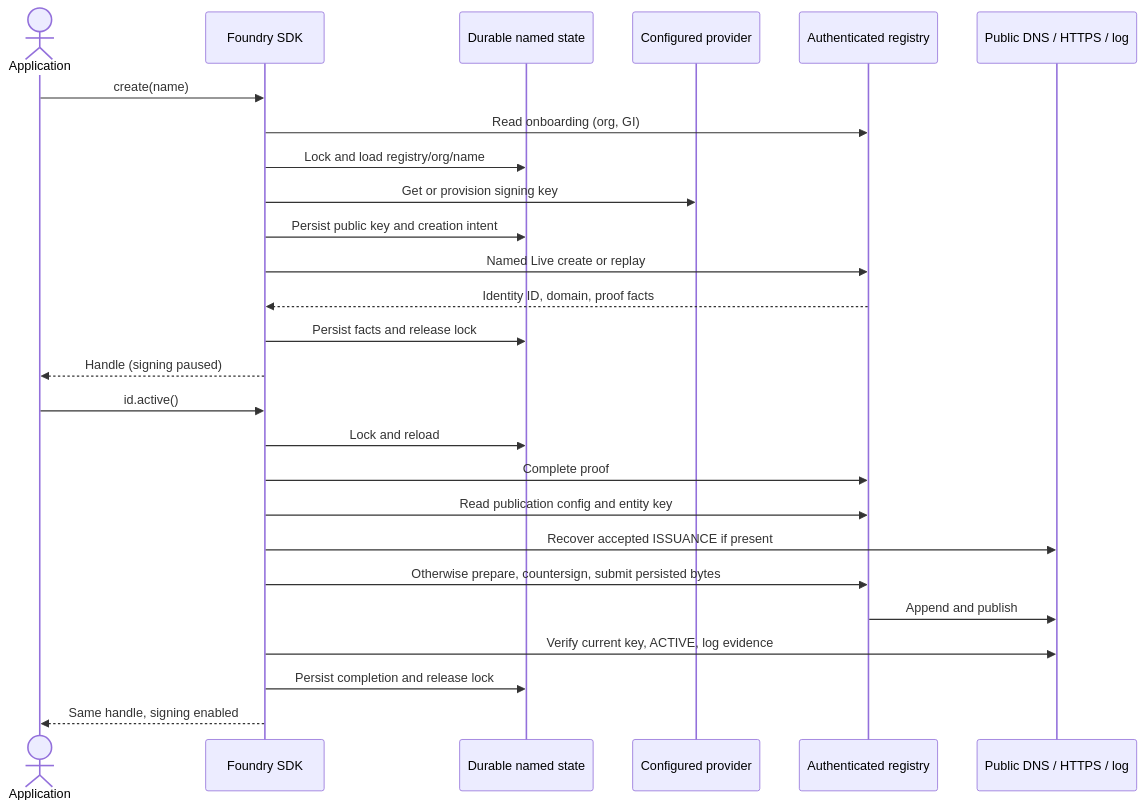
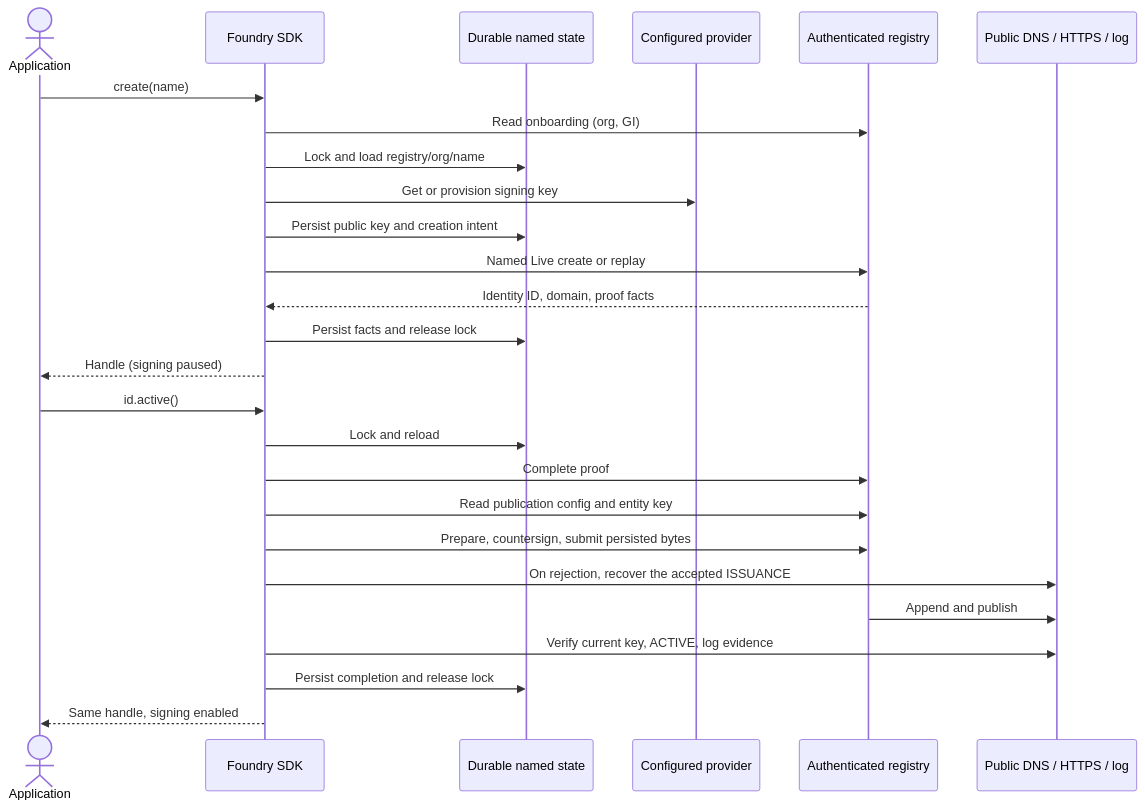
Before and after one commit to dnsid-ai/dnsid-sdk-compliance: the diagram in docs/known-foundry-server-requirements.md, drawn with Mermaid. The commit also changed other lines of this file and 1 other file, not shown here.

Commit message:
docs: read Foundry ISSUANCE history only after rejection

````diff
--- a/docs/known-foundry-server-requirements.md
+++ b/docs/known-foundry-server-requirements.md
@@ -27,29 +27,29 @@
 ```mermaid
 sequenceDiagram
     actor App as Application
     participant SDK as Foundry SDK
     participant State as Durable named state
     participant Keys as Configured provider
     participant Registry as Authenticated registry
     participant Public as Public DNS / HTTPS / log
 
     App->>SDK: create(name)
     SDK->>Registry: Read onboarding (org, GI)
     SDK->>State: Lock and load registry/org/name
     SDK->>Keys: Get or provision signing key
     SDK->>State: Persist public key and creation intent
     SDK->>Registry: Named Live create or replay
     Registry-->>SDK: Identity ID, domain, proof facts
     SDK->>State: Persist facts and release lock
     SDK-->>App: Handle (signing paused)
     App->>SDK: id.active()
     SDK->>State: Lock and reload
     SDK->>Registry: Complete proof
     SDK->>Registry: Read publication config and entity key
-    SDK->>Public: Recover accepted ISSUANCE if present
-    SDK->>Registry: Otherwise prepare, countersign, submit persisted bytes
+    SDK->>Registry: Prepare, countersign, submit persisted bytes
+    SDK->>Public: On rejection, recover the accepted ISSUANCE
     Registry->>Public: Append and publish
     SDK->>Public: Verify current key, ACTIVE, log evidence
     SDK->>State: Persist completion and release lock
     SDK-->>App: Same handle, signing enabled
 ```
````
